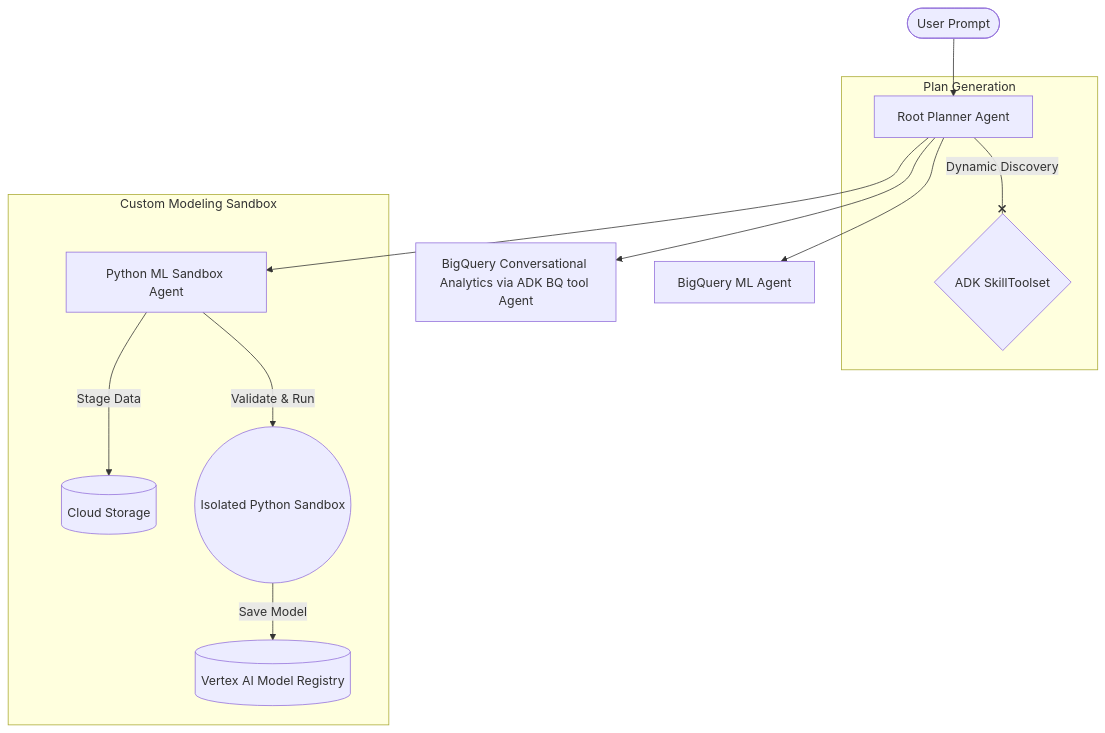
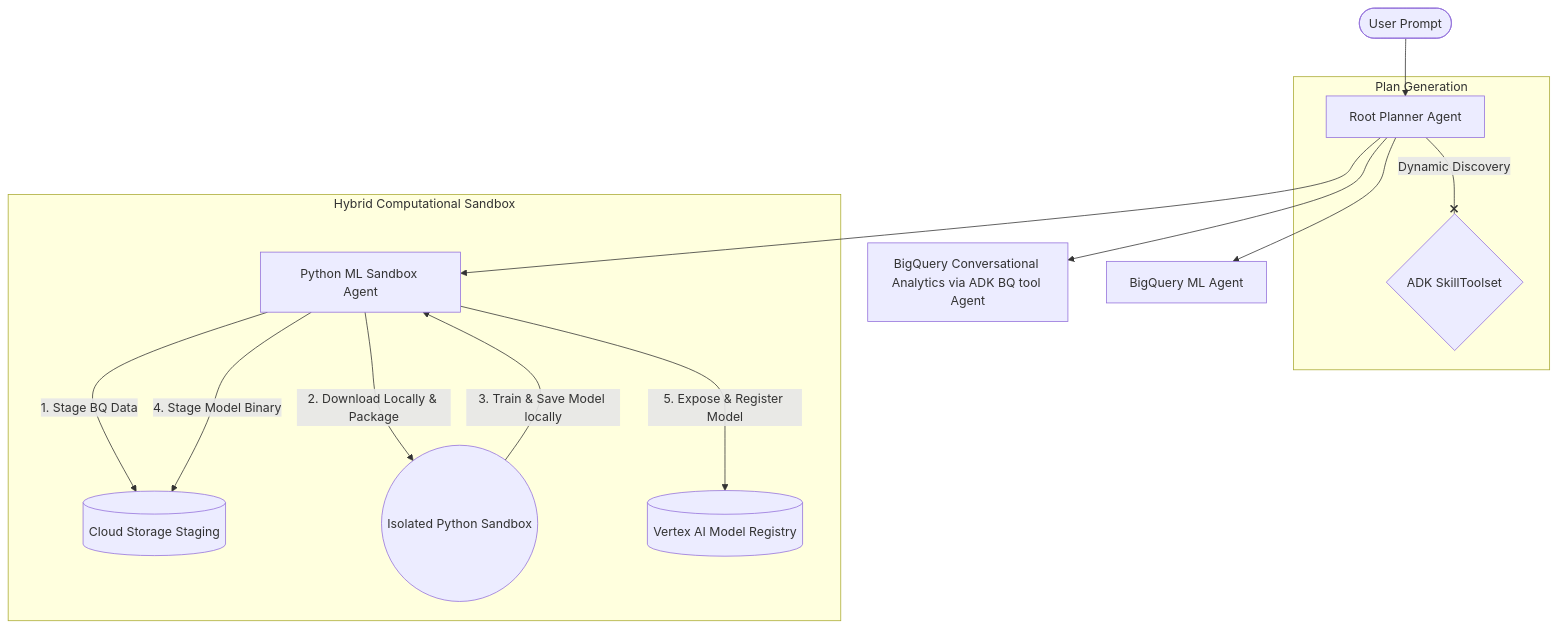
The diagram in README.md (csilvarivera/data-science-agent), drawn with Mermaid before and after one commit. The commit also changed other lines of this file, not shown here.

Commit message:
changes to readme

````diff
--- a/README.md
+++ b/README.md
@@ -11,18 +11,20 @@
 ```mermaid
 graph TD
     User([User Prompt]) --> Planner[Root Planner Agent]
     
     subgraph Plan Generation
         Planner -- Dynamic Discovery --x Skills{ADK SkillToolset}
     end
     
     Planner --> Bigquery[BigQuery Conversational Analytics via ADK BQ tool Agent]
     Planner --> BQML[BigQuery ML Agent]
     Planner --> PythonML[Python ML Sandbox Agent]
     
-    subgraph Custom Modeling Sandbox
-        PythonML -- Stage Data --> GCS[(Cloud Storage)]
-        PythonML -- Validate & Run --> Sandbox((Isolated Python Sandbox))
-        Sandbox -- Save Model --> Registry[(Vertex AI Model Registry)]
+    subgraph Hybrid Computational Sandbox
+        PythonML -- 1. Stage BQ Data --> GCS[(Cloud Storage Staging)]
+        PythonML -- 2. Download Locally & Package --> Sandbox((Isolated Python Sandbox))
+        Sandbox -- 3. Train & Save Model locally --> PythonML
+        PythonML -- 4. Stage Model Binary --> GCS
+        PythonML -- 5. Expose & Register Model --> Registry[(Vertex AI Model Registry)]
     end
 ```
````
